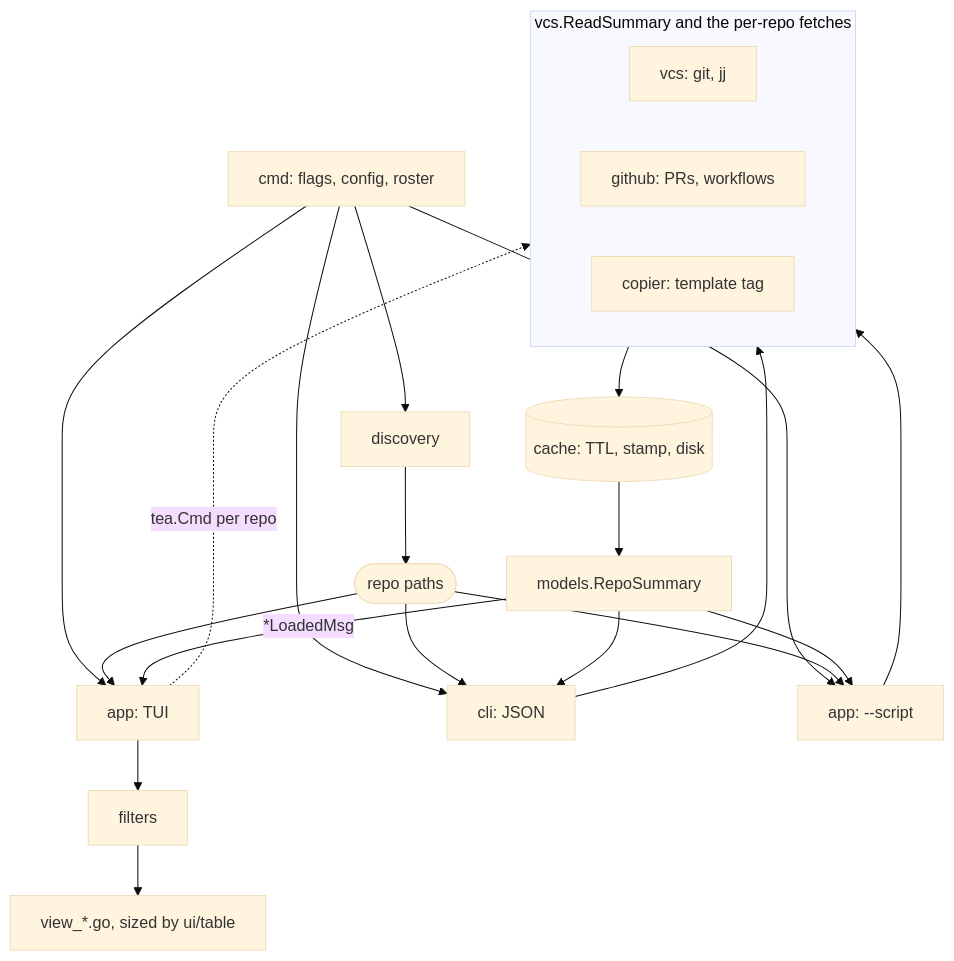
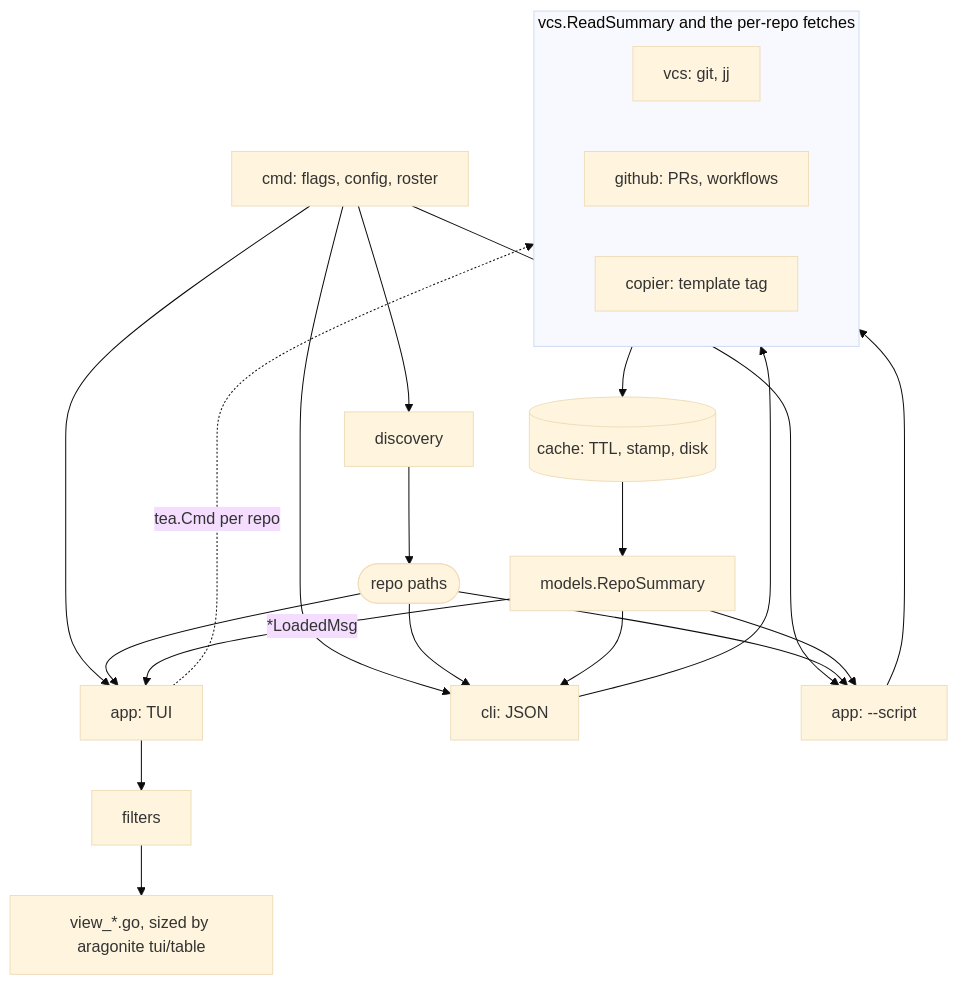
The diagram in DESIGN.md (KyleKing/gh-repo-dashboard), drawn with Mermaid (base theme) before and after one commit. The commit also changed other lines of this file and 2 other files, not shown here.

Commit message:
docs: point the shared rendering references at aragonite

````diff
--- a/DESIGN.md
+++ b/DESIGN.md
@@ -27,27 +27,27 @@
 ```mermaid
 flowchart TB
     main["cmd: flags, config, roster"] --> disc[discovery]
     main --> app["app: TUI"]
     main --> cli["cli: JSON"]
     main --> script["app: --script"]
 
     disc --> paths([repo paths])
     paths --> app & cli & script
 
     app -.->|tea.Cmd per repo| read
     cli & script --> read
 
     subgraph read["vcs.ReadSummary and the per-repo fetches"]
         vcs["vcs: git, jj"]
         gh["github: PRs, workflows"]
         copier["copier: template tag"]
     end
 
     read --> cache[("cache: TTL, stamp, disk")]
     cache --> models[models.RepoSummary]
     models -->|"*LoadedMsg"| app
     models --> cli & script
 
     app --> filters
-    filters --> view["view_*.go, sized by ui/table"]
+    filters --> view["view_*.go, sized by aragonite tui/table"]
 ```
````
